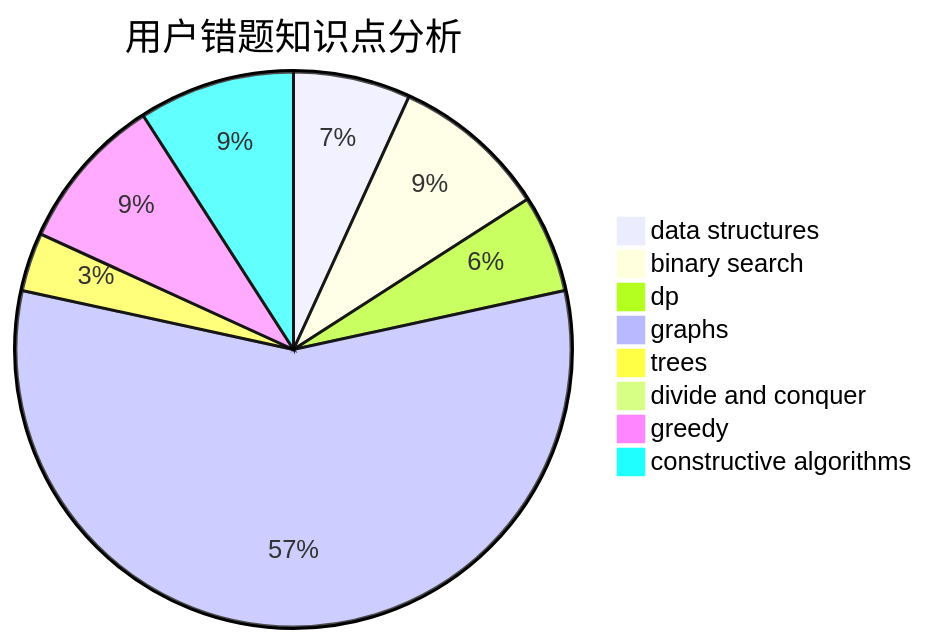
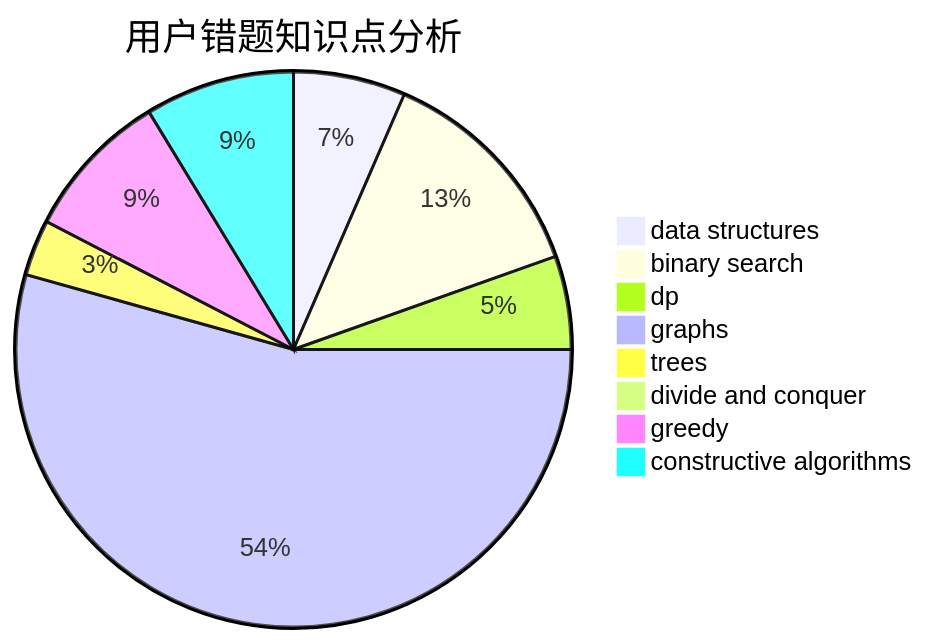
One commit to sherpahu/cfrs.github.io changed the third of 3 diagrams in docs/user/u73.md. Above: the diagram before and after it, drawn with Mermaid. The commit also changed other lines of this file and 2770 other files, not shown here.

````diff
--- a/docs/user/u73.md
+++ b/docs/user/u73.md
@@ -36,11 +36,11 @@
 ```mermaid
 pie title 用户错题知识点分析
     "data structures" :  6
-    "binary search" :  8
+    "binary search" :  12
     "dp" :  5
     "graphs" :  50
     "trees" :  3
     "divide and conquer" :  0
     "greedy" :  8
     "constructive algorithms" :  8
 ```
````
